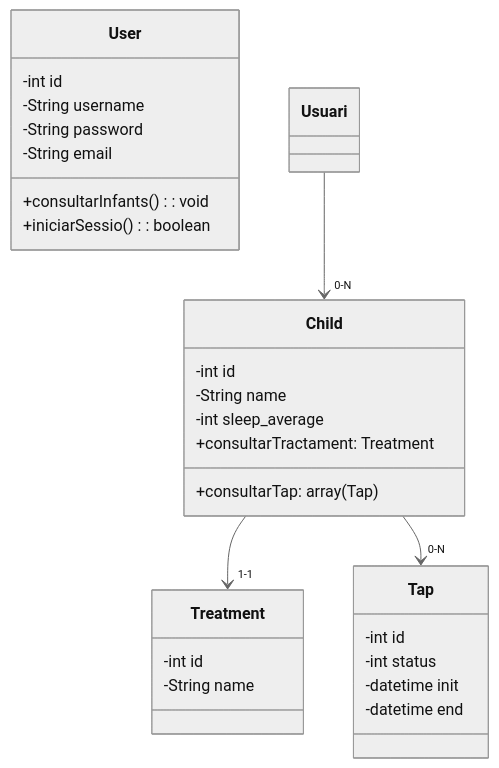
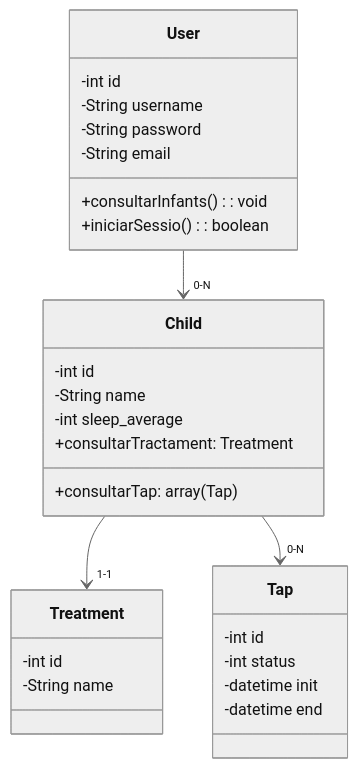
One commit to lauragrr1/tapatapp changed the diagram in chartd/classDiagram.mermaid. Above: the diagram before and after it, drawn with Mermaid (neutral theme).

```diff
--- a/chartd/classDiagram.mermaid
+++ b/chartd/classDiagram.mermaid
@@ -1,35 +1,35 @@
 classDiagram
 
 class User{
     -int id
     -String username
     -String password
     -String email
     +consultarInfants(): void
     +iniciarSessio(): boolean
 }
 
 class Child{
     -int id
     -String name
     -int sleep_average
         
     +consultarTractament: Treatment
     +consultarTap: array(Tap)
 }
 
 class Treatment{
     -int id
     -String name
 }
 
 class Tap{
     -int id
     -int status
     -datetime init 
     -datetime end 
 }
 
-Usuari "" --> "0-N" Child
+User "" --> "0-N" Child
 Child "" --> "1-1" Treatment
 Child "" --> "0-N" Tap
```
